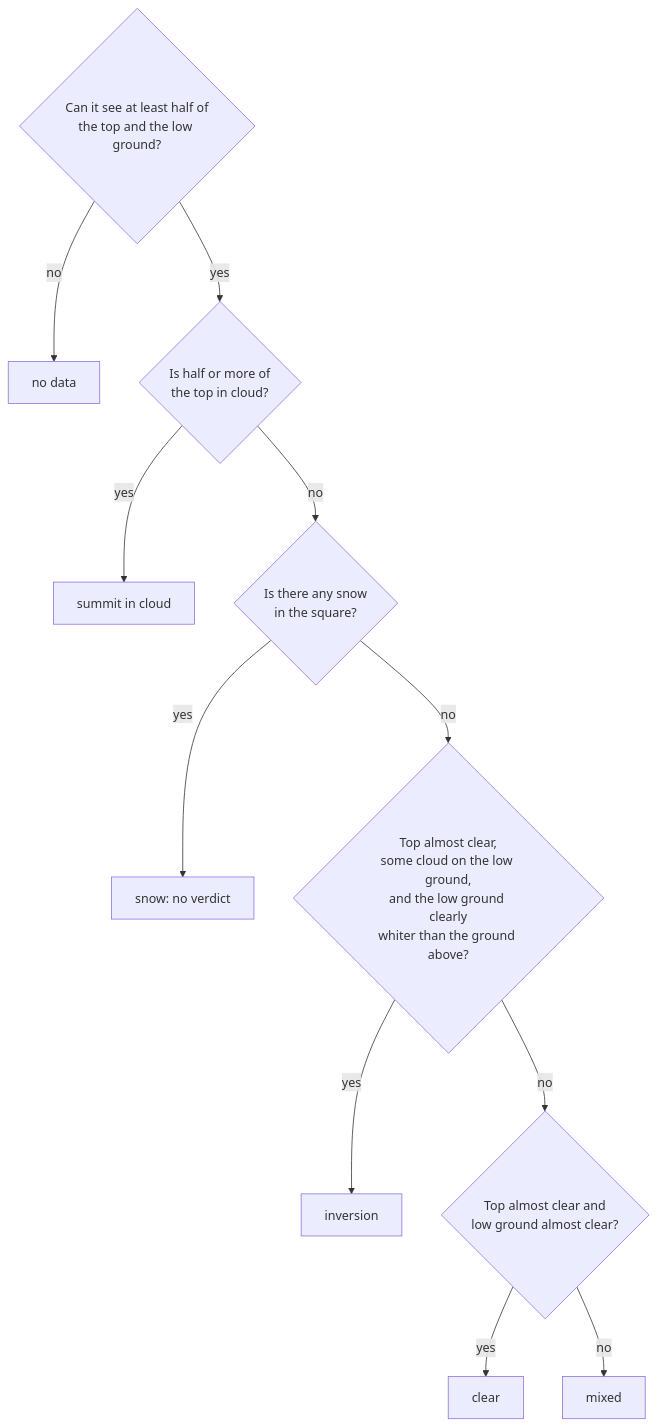
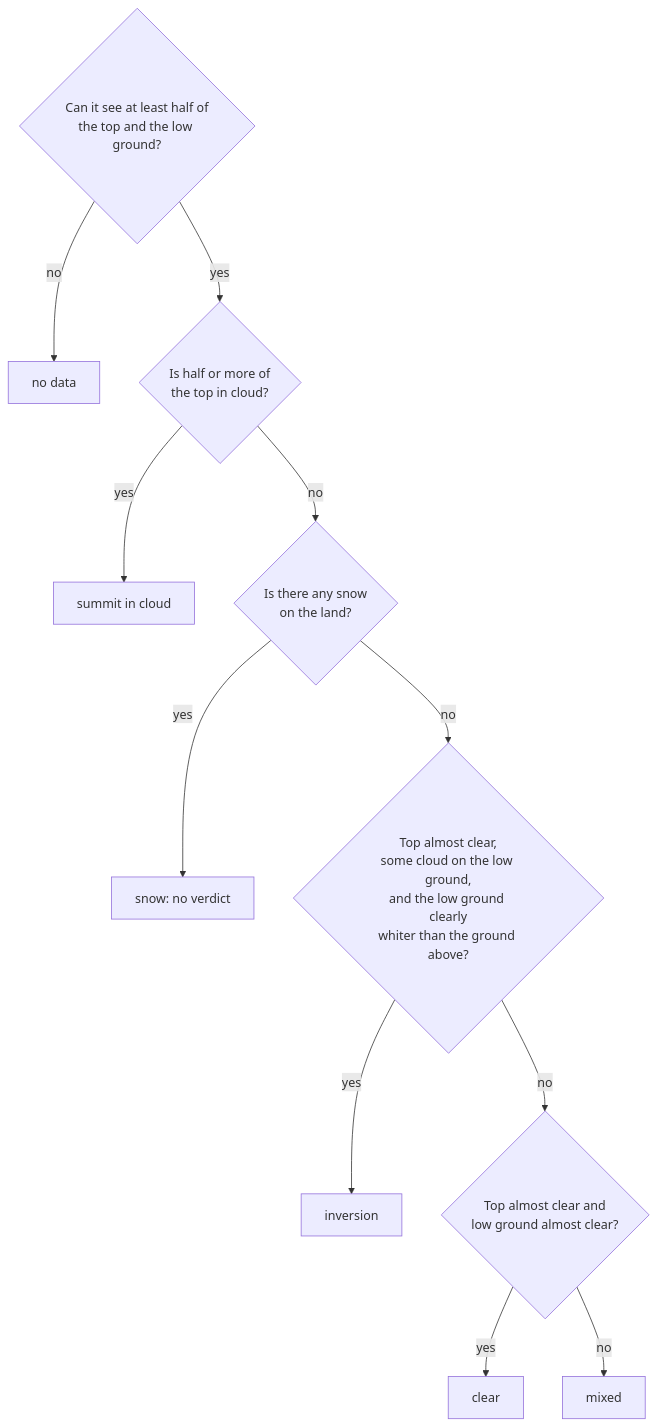
One commit to clbutler/cloud_inv changed the second of 2 diagrams in README.md. Above: the diagram before and after it, drawn with Mermaid. The commit also changed other lines of this file, not shown here.

````diff
--- a/README.md
+++ b/README.md
@@ -109,13 +115,13 @@
 ```mermaid
 flowchart TD
     A{Can it see at least half of<br/>the top and the low ground?} -- no --> N[no data]
     A -- yes --> B{Is half or more of<br/>the top in cloud?}
     B -- yes --> S[summit in cloud]
-    B -- no --> C{Is there any snow<br/>in the square?}
+    B -- no --> C{Is there any snow<br/>on the land?}
     C -- yes --> W[snow: no verdict]
     C -- no --> D{Top almost clear,<br/>some cloud on the low ground,<br/>and the low ground clearly<br/>whiter than the ground above?}
     D -- yes --> I[inversion]
     D -- no --> E{Top almost clear and<br/>low ground almost clear?}
     E -- yes --> L[clear]
     E -- no --> M[mixed]
 ```
````
